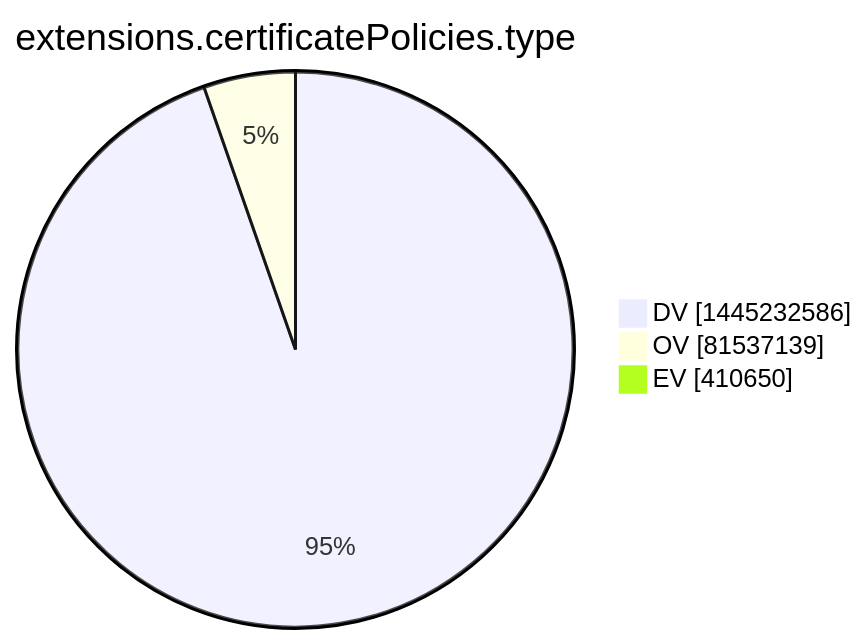
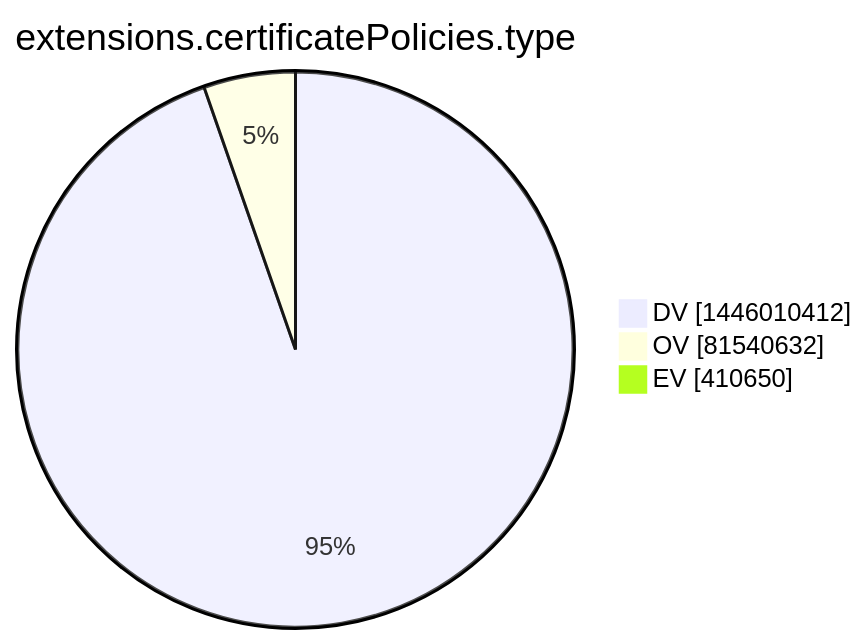
The tenth of 15 diagrams in xenon2022/README.md (christiankrug/ctmonitor_visualization), drawn with Mermaid before and after one commit. The commit also changed other lines of this file, not shown here.

````diff
--- a/xenon2022/README.md
+++ b/xenon2022/README.md
@@ -2868,7 +2868,7 @@
 ```mermaid
 pie showData
 title extensions.certificatePolicies.type
-"DV" :1445232586
-"OV" :81537139
+"DV" :1446010412
+"OV" :81540632
 "EV" :410650
 ```
````
